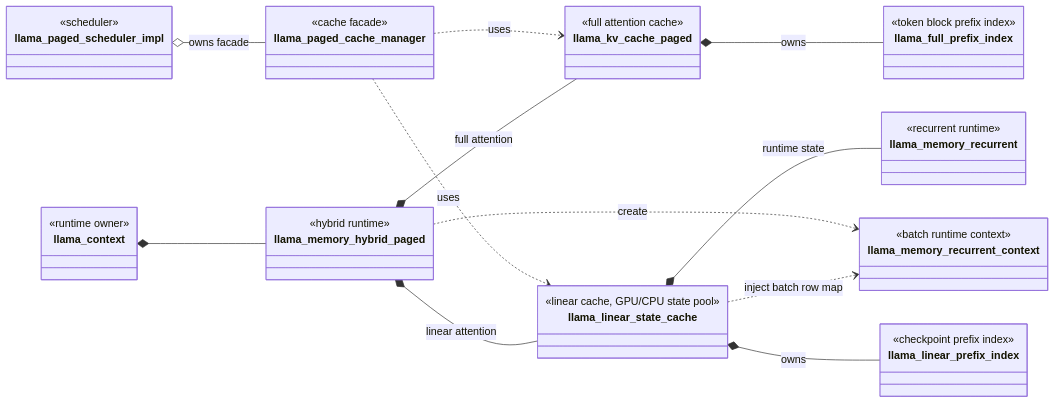
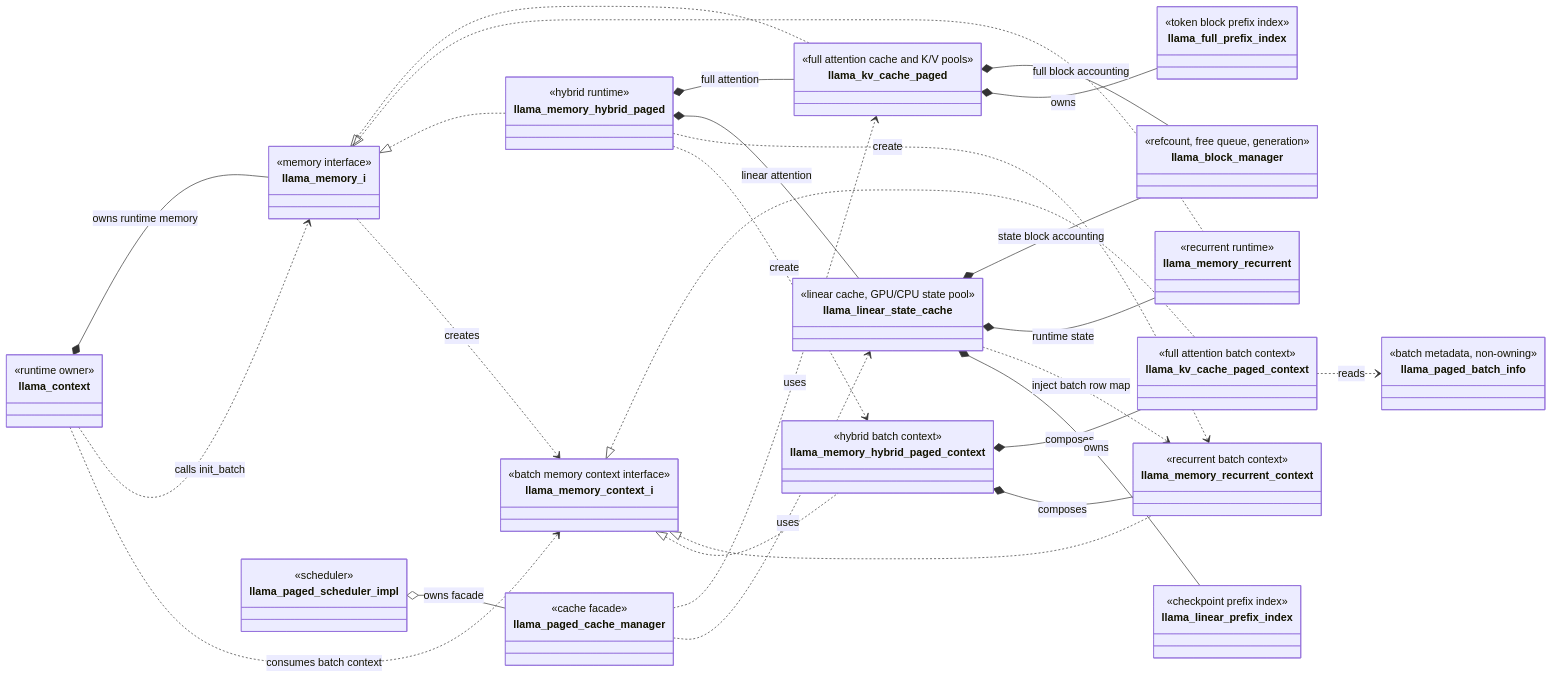
The first of 10 diagrams in docs/kvcache-manager/linear-attention-cache.md (RealDioBrando/llama.cpp), drawn with Mermaid before and after one commit. The commit also changed other lines of this file, not shown here.

Commit message:
linear attention cache方案修改

````diff
--- a/docs/kvcache-manager/linear-attention-cache.md
+++ b/docs/kvcache-manager/linear-attention-cache.md
@@ -11,6 +13,14 @@
 ```mermaid
 classDiagram
     direction LR
+
+    class llama_memory_i {
+        <<memory interface>>
+    }
+
+    class llama_memory_context_i {
+        <<batch memory context interface>>
+    }
 
     class llama_context {
         <<runtime owner>>
@@ -21,19 +31,35 @@
     }
 
     class llama_kv_cache_paged {
-        <<full attention cache>>
+        <<full attention cache and K/V pools>>
     }
 
     class llama_linear_state_cache {
         <<linear cache, GPU/CPU state pool>>
     }
 
+    class llama_block_manager {
+        <<refcount, free queue, generation>>
+    }
+
     class llama_memory_recurrent {
         <<recurrent runtime>>
     }
 
+    class llama_kv_cache_paged_context {
+        <<full attention batch context>>
+    }
+
     class llama_memory_recurrent_context {
-        <<batch runtime context>>
+        <<recurrent batch context>>
+    }
+
+    class llama_memory_hybrid_paged_context {
+        <<hybrid batch context>>
+    }
+
+    class llama_paged_batch_info {
+        <<batch metadata, non-owning>>
     }
 
     class llama_full_prefix_index {
@@ -52,12 +78,29 @@
         <<cache facade>>
     }
 
-    llama_context *-- llama_memory_hybrid_paged
+    llama_memory_i <|.. llama_kv_cache_paged
+    llama_memory_i <|.. llama_memory_recurrent
+    llama_memory_i <|.. llama_memory_hybrid_paged
+
+    llama_memory_context_i <|.. llama_kv_cache_paged_context
+    llama_memory_context_i <|.. llama_memory_recurrent_context
+    llama_memory_context_i <|.. llama_memory_hybrid_paged_context
+
+    llama_context *-- llama_memory_i : owns runtime memory
+    llama_context ..> llama_memory_i : calls init_batch
+    llama_context ..> llama_memory_context_i : consumes batch context
+    llama_memory_i ..> llama_memory_context_i : creates
     llama_memory_hybrid_paged *-- llama_kv_cache_paged : full attention
     llama_memory_hybrid_paged *-- llama_linear_state_cache : linear attention
+    llama_kv_cache_paged *-- llama_block_manager : full block accounting
+    llama_linear_state_cache *-- llama_block_manager : state block accounting
     llama_linear_state_cache *-- llama_memory_recurrent : runtime state
     llama_linear_state_cache ..> llama_memory_recurrent_context : inject batch row map
     llama_memory_hybrid_paged ..> llama_memory_recurrent_context : create
+    llama_memory_hybrid_paged ..> llama_memory_hybrid_paged_context : create
+    llama_memory_hybrid_paged_context *-- llama_kv_cache_paged_context : composes
+    llama_memory_hybrid_paged_context *-- llama_memory_recurrent_context : composes
+    llama_kv_cache_paged_context ..> llama_paged_batch_info : reads
     llama_kv_cache_paged *-- llama_full_prefix_index : owns
     llama_linear_state_cache *-- llama_linear_prefix_index : owns
     llama_paged_scheduler_impl o-- llama_paged_cache_manager : owns facade
````
